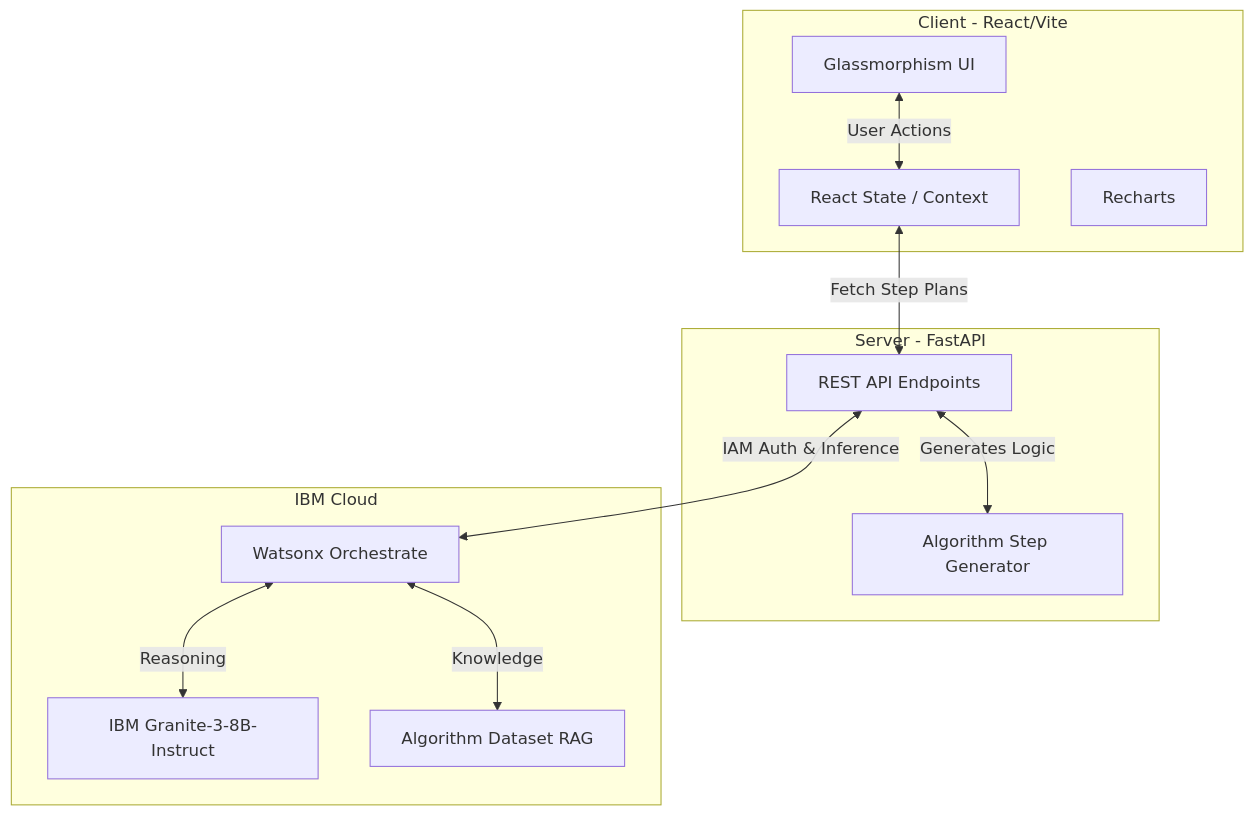
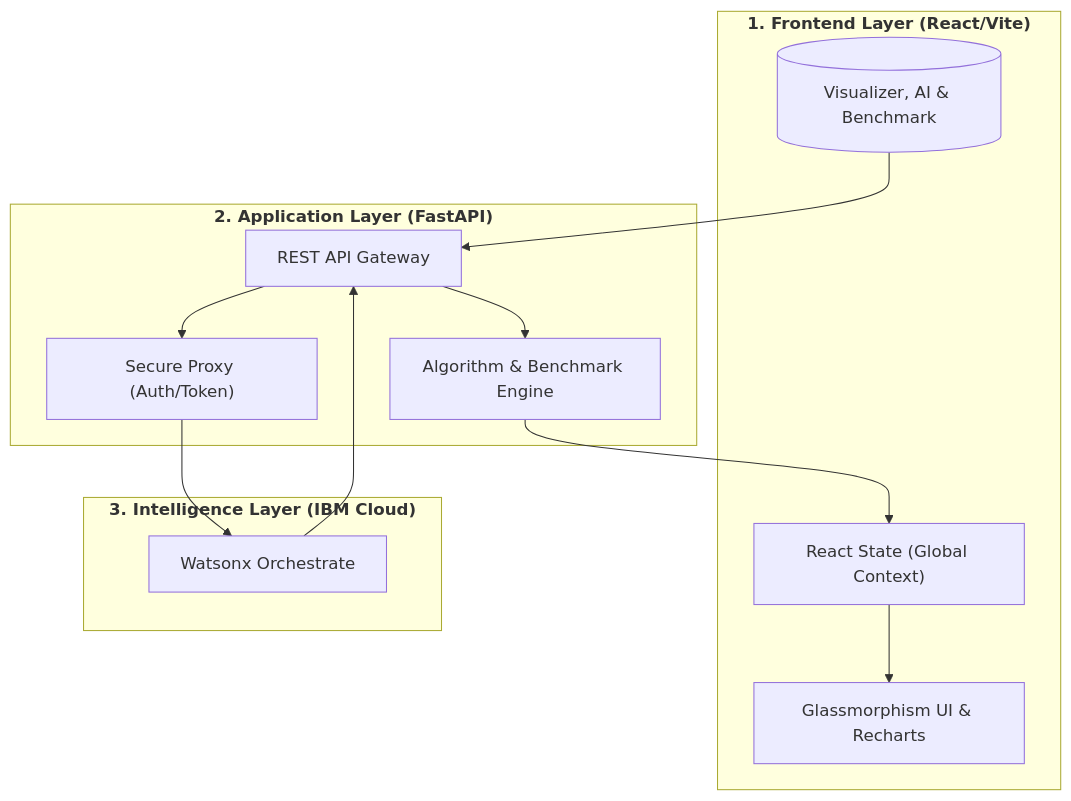
The diagram in README.md (Whalien08/AlgoVisualizer-AI), drawn with Mermaid before and after one commit.

````diff
--- a/README.md
+++ b/README.md
@@ -42,26 +42,29 @@
 ```mermaid
-graph TD
-    subgraph Frontend [Client - React/Vite]
-        UI[Glassmorphism UI]
-        State[React State / Context]
-        Charts[Recharts]
+graph TB
+    subgraph Client ["<b>1. Frontend Layer (React/Vite)</b>"]
+        Features[("Visualizer, AI & Benchmark")]
+        State["React State (Global Context)"]
+        UI["Glassmorphism UI & Recharts"]
     end
 
-    subgraph Backend [Server - FastAPI]
-        API[REST API Endpoints]
-        Engine[Algorithm Step Generator]
-    end
-    
-    subgraph AI_Engine [IBM Cloud]
-        Orchestrate[Watsonx Orchestrate]
-        Granite[IBM Granite-3-8B-Instruct]
-        RAG[Algorithm Dataset RAG]
+    subgraph Server ["<b>2. Application Layer (FastAPI)</b>"]
+        Gateway["REST API Gateway"]
+        Logic["Algorithm & Benchmark Engine"]
+        Proxy["Secure Proxy (Auth/Token)"]
     end
 
-    UI <-->|User Actions| State
-    State <-->|Fetch Step Plans| API
-    API <-->|Generates Logic| Engine
-    API <-->|IAM Auth & Inference| Orchestrate
-    Orchestrate <-->|Reasoning| Granite
-    Orchestrate <-->|Knowledge| RAG
+    subgraph Cloud ["<b>3. Intelligence Layer (IBM Cloud)</b>"]
+        Watson["Watsonx Orchestrate"]
+    end
+
+    %% Data Flow
+    Features --> Gateway
+    Gateway --> Logic
+    Logic --> State
+    State --> UI
+    
+    %% AI Flow
+    Gateway --> Proxy
+    Proxy --> Watson
+    Watson --> Gateway
 ```
````
